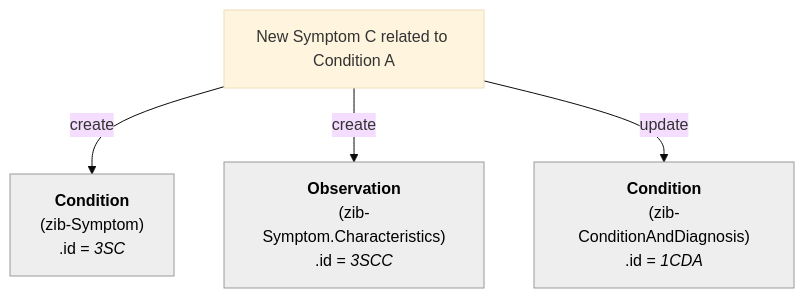
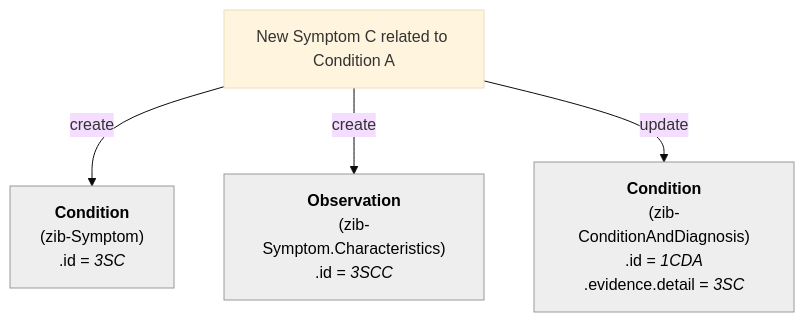
Before and after one commit to Nictiz/Nictiz-R4-zib2024: the fourth of 12 diagrams in documentation/Condition-Diagnosis-Symptom.md, drawn with Mermaid (base theme). The commit also changed other lines of this file, not shown here.

````diff
--- a/documentation/Condition-Diagnosis-Symptom.md
+++ b/documentation/Condition-Diagnosis-Symptom.md
@@ -111,25 +113,30 @@
 ```mermaid
 flowchart TB
 
 NewSymptom_C["`New Symptom C related to Condition A`"]
 
     S_C["`**Condition**
         (zib-Symptom)
         .id = _3SC_`"]
-    SC_C["`**Observation**
+    SC_C["`
+        **Observation**
         (zib-Symptom.Characteristics)
-        .id = _3SCC_`"]    
-    CD_A["`**Condition**
+        .id = _3SCC_
+        `"]    
+    CD_A["`
+        **Condition**
         (zib-ConditionAndDiagnosis)
-        .id = _1CDA_`"] 
+        .id = _1CDA_
+        .evidence.detail = _3SC_
+        `"] 
     
     S_C:::Ash
     SC_C:::Ash
     CD_A:::Ash
     classDef Ash stroke-width:1px, stroke-dasharray:none, stroke:#999999, fill:#EEEEEE, color:#000000
 
 
 NewSymptom_C -- create --> S_C
 NewSymptom_C -- create --> SC_C
 NewSymptom_C -- update --> CD_A
 ```
````
